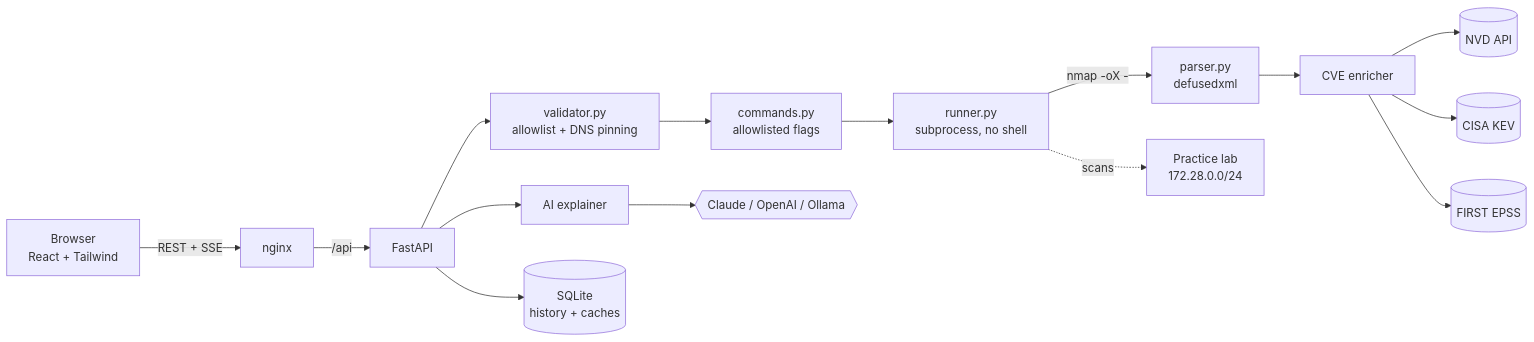
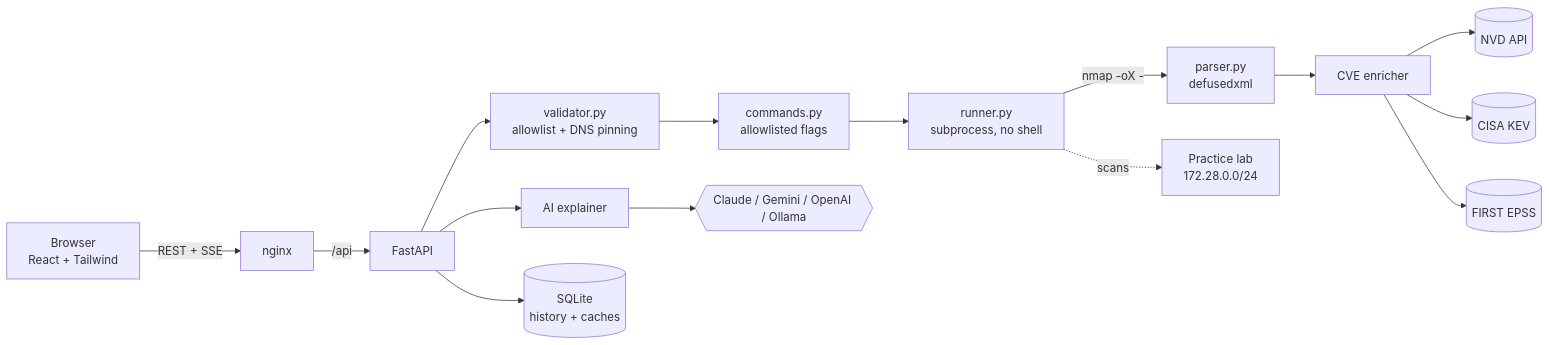
The diagram in README.md (zainabthaa/scansight), drawn with Mermaid before and after one commit. The commit also changed other lines of this file and 5 other files, not shown here.

````diff
--- a/README.md
+++ b/README.md
@@ -52,17 +52,17 @@
 ```mermaid
 flowchart LR
     U[Browser<br/>React + Tailwind] -->|REST + SSE| N[nginx]
     N -->|/api| A[FastAPI]
     A --> V[validator.py<br/>allowlist + DNS pinning]
     V --> C[commands.py<br/>allowlisted flags]
     C --> R[runner.py<br/>subprocess, no shell]
     R -->|nmap -oX -| P[parser.py<br/>defusedxml]
     P --> E[CVE enricher]
     E --> NVD[(NVD API)]
     E --> KEV[(CISA KEV)]
     E --> EPSS[(FIRST EPSS)]
     A --> AI[AI explainer]
-    AI --> LLM{{Claude / OpenAI / Ollama}}
+    AI --> LLM{{Claude / Gemini / OpenAI / Ollama}}
     A --> DB[(SQLite<br/>history + caches)]
     R -.->|scans| LAB[Practice lab<br/>172.28.0.0/24]
 ```
````
